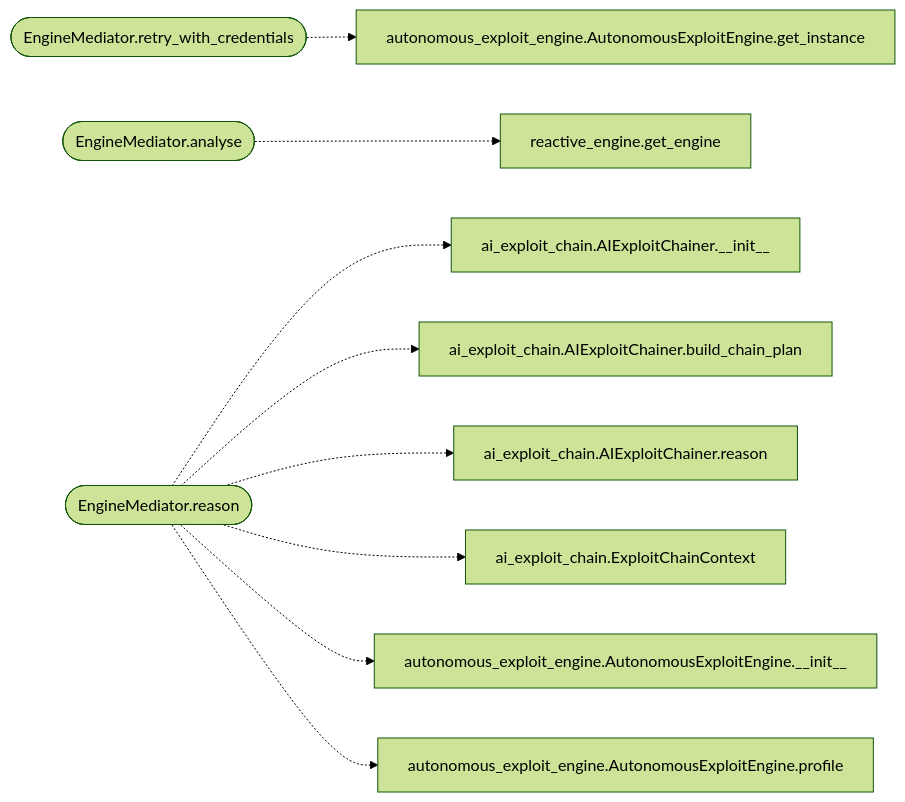
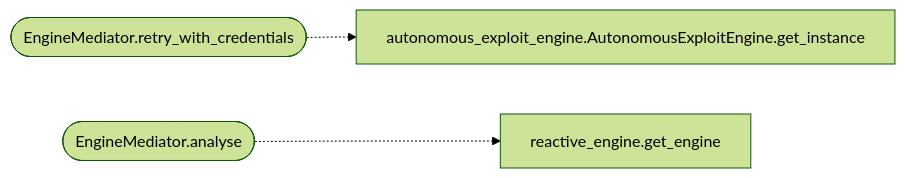
The second of 2 diagrams in readmenator-apidocs/modules/modules.mediation.engine_mediator.py.md (grisuno/LazyOwn), drawn with Mermaid (forest theme) before and after one commit. The commit also changed other lines of this file and 434 other files, not shown here.

````diff
--- a/readmenator-apidocs/modules/modules.mediation.engine_mediator.py.md
+++ b/readmenator-apidocs/modules/modules.mediation.engine_mediator.py.md
@@ -60,22 +54,9 @@
 ```mermaid
 flowchart LR
     n_modules_mediation_engine_mediator_py__EngineMediator_retry_with_credentials(["EngineMediator.retry_with_credentials"])
     n_modules_autonomous_exploit_engine_py__AutonomousExploitEngine_get_instance["autonomous_exploit_engine.AutonomousExploitEngine.get_instance"]
     n_modules_mediation_engine_mediator_py__EngineMediator_analyse(["EngineMediator.analyse"])
     n_modules_reactive_engine_py__get_engine["reactive_engine.get_engine"]
-    n_modules_mediation_engine_mediator_py__EngineMediator_reason(["EngineMediator.reason"])
-    n_modules_ai_exploit_chain_py__AIExploitChainer___init__["ai_exploit_chain.AIExploitChainer.__init__"]
-    n_modules_ai_exploit_chain_py__AIExploitChainer_build_chain_plan["ai_exploit_chain.AIExploitChainer.build_chain_plan"]
-    n_modules_ai_exploit_chain_py__AIExploitChainer_reason["ai_exploit_chain.AIExploitChainer.reason"]
-    n_modules_ai_exploit_chain_py__ExploitChainContext["ai_exploit_chain.ExploitChainContext"]
-    n_modules_autonomous_exploit_engine_py__AutonomousExploitEngine___init__["autonomous_exploit_engine.AutonomousExploitEngine.__init__"]
-    n_modules_autonomous_exploit_engine_py__AutonomousExploitEngine_profile["autonomous_exploit_engine.AutonomousExploitEngine.profile"]
     n_modules_mediation_engine_mediator_py__EngineMediator_retry_with_credentials -.-> n_modules_autonomous_exploit_engine_py__AutonomousExploitEngine_get_instance
     n_modules_mediation_engine_mediator_py__EngineMediator_analyse -.-> n_modules_reactive_engine_py__get_engine
-    n_modules_mediation_engine_mediator_py__EngineMediator_reason -.-> n_modules_ai_exploit_chain_py__AIExploitChainer___init__
-    n_modules_mediation_engine_mediator_py__EngineMediator_reason -.-> n_modules_ai_exploit_chain_py__AIExploitChainer_build_chain_plan
-    n_modules_mediation_engine_mediator_py__EngineMediator_reason -.-> n_modules_ai_exploit_chain_py__AIExploitChainer_reason
-    n_modules_mediation_engine_mediator_py__EngineMediator_reason -.-> n_modules_ai_exploit_chain_py__ExploitChainContext
-    n_modules_mediation_engine_mediator_py__EngineMediator_reason -.-> n_modules_autonomous_exploit_engine_py__AutonomousExploitEngine___init__
-    n_modules_mediation_engine_mediator_py__EngineMediator_reason -.-> n_modules_autonomous_exploit_engine_py__AutonomousExploitEngine_profile
 ```
````
